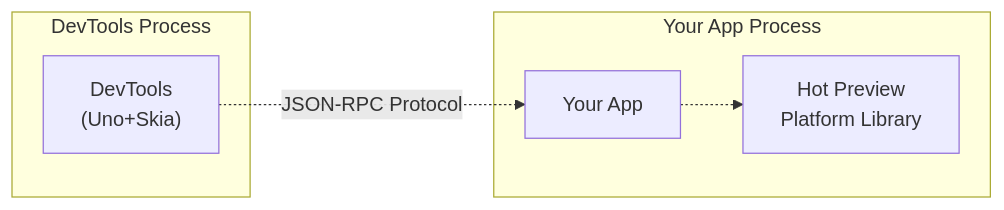
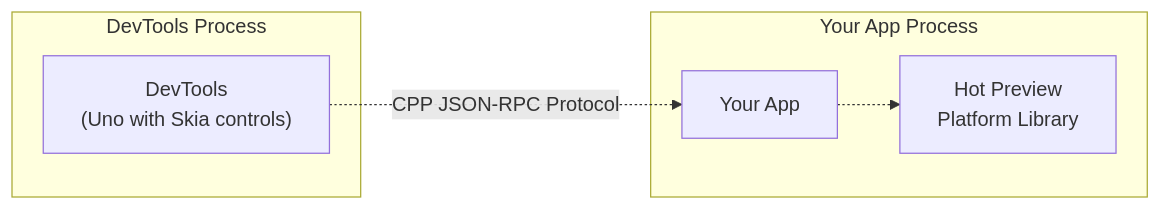
One commit to BretJohnson/hot-preview changed the diagram in docs/docs/architecture.md. Above: the diagram before and after it, drawn with Mermaid. The commit also changed other lines of this file and 2 other files, not shown here.

First line of the commit message:
docs: update architecture documentation and improve organization

````diff
--- a/docs/docs/architecture.md
+++ b/docs/docs/architecture.md
@@ -7,14 +7,14 @@
 ```mermaid
 graph LR
     subgraph "DevTools Process"
-        DT["DevTools<br/>(Uno+Skia)"]
+        DT["DevTools<br/>(Uno with Skia controls)"]
     end
 
     subgraph "Your App Process"
         YA["Your App"]
         HPL["Hot Preview<br/>Platform Library"]
         YA -.-> HPL
     end
 
-    DT -.->|"JSON-RPC Protocol"| YA
+    DT -.->|"CPP JSON-RPC Protocol"| YA
 ```
````
